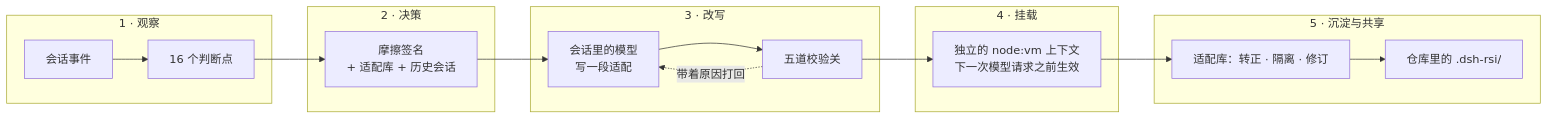
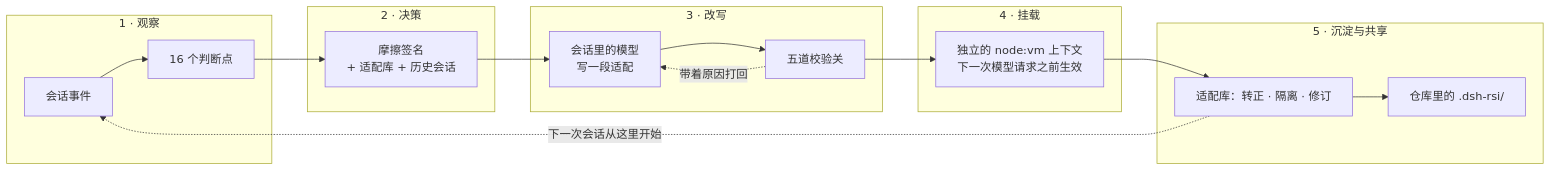
One commit to qybaihe/dshrsi changed the diagram in docs/readme/README_zh.md. Above: the diagram before and after it, drawn with Mermaid. The commit also changed other lines of this file and 83 other files, not shown here.

````diff
--- a/docs/readme/README_zh.md
+++ b/docs/readme/README_zh.md
@@ -124,21 +146,22 @@
 ```mermaid
 flowchart LR
   subgraph S1["1 · 观察"]
     A["会话事件"] --> B["16 个判断点"]
   end
   subgraph S2["2 · 决策"]
     B --> C["摩擦签名<br/>+ 适配库 + 历史会话"]
   end
   subgraph S3["3 · 改写"]
     C --> D["会话里的模型<br/>写一段适配"]
     D --> E["五道校验关"]
     E -. "带着原因打回" .-> D
   end
   subgraph S4["4 · 挂载"]
     E --> F["独立的 node:vm 上下文<br/>下一次模型请求之前生效"]
   end
   subgraph S5["5 · 沉淀与共享"]
     F --> G["适配库：转正 · 隔离 · 修订"]
     G --> H["仓库里的 .dsh-rsi/"]
   end
+  G -. "下一次会话从这里开始" .-> A
 ```
````
